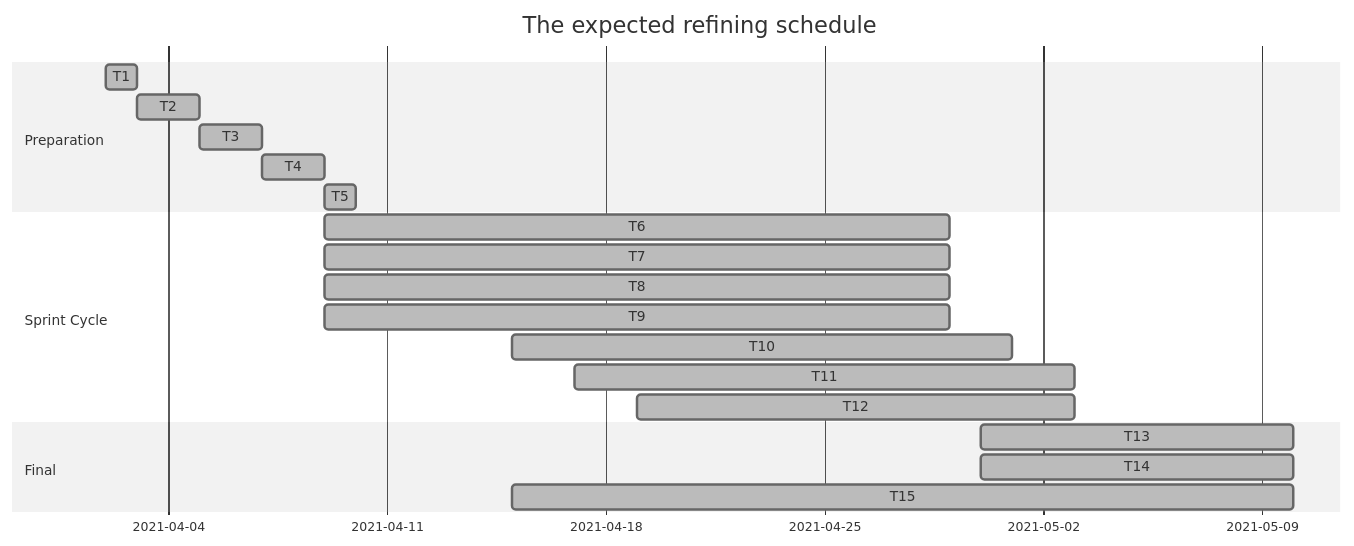
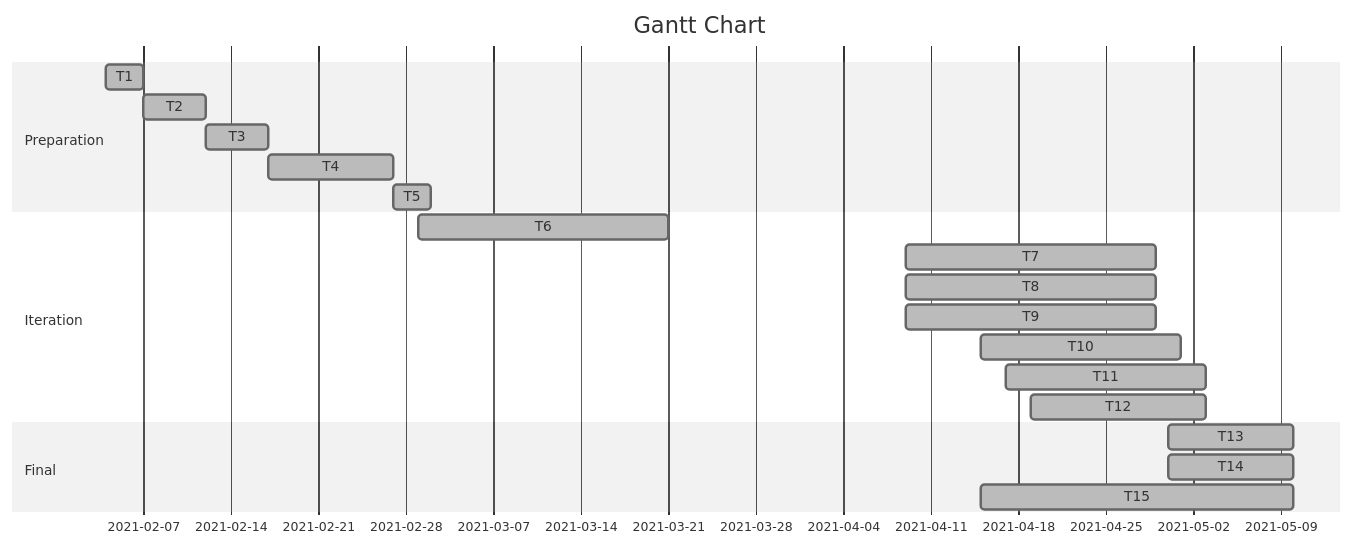
One commit to ponponde/UoB-Group-Project-Desk18 changed the diagram in resource_report/ProjectManagement.md. Above: the diagram before and after it, drawn with Mermaid (neutral theme). The commit also changed other lines of this file, not shown here.

````diff
--- a/resource_report/ProjectManagement.md
+++ b/resource_report/ProjectManagement.md
@@ -103,22 +105,22 @@
 ```mermaid
 gantt
-Title The expected refining schedule
+Title Gantt Chart
 section Preparation
-T1 : done, 2021-04-02, 1d
-T2 : done, 2d
-T3 : done, 2d
-T4 : done, 2d
-T5 : done, 1d
-section Sprint Cycle
-T6 : done, 2021-04-09, 20d
+T1 : done, 2021-02-04, 3d
+T2 : done, 5d
+T3 : done, 5d
+T4 : done, 10d
+T5 : done, 3d
+section Iteration
+T6 : done, 2021-03-01, 20d
 T7 : done, 2021-04-09, 20d
 T8 : done, 2021-04-09, 20d
 T9 : done, 2021-04-09, 20d
 T10 : done, 2021-04-15, 16d
 T11 : done, 2021-04-17, 16d
 T12 : done, 2021-04-19, 14d
 section Final
 T13 : done, 2021-04-30, 10d
 T14 : done, 2021-04-30, 10d
 T15 : done, 2021-04-15, 25d
 ```
````
